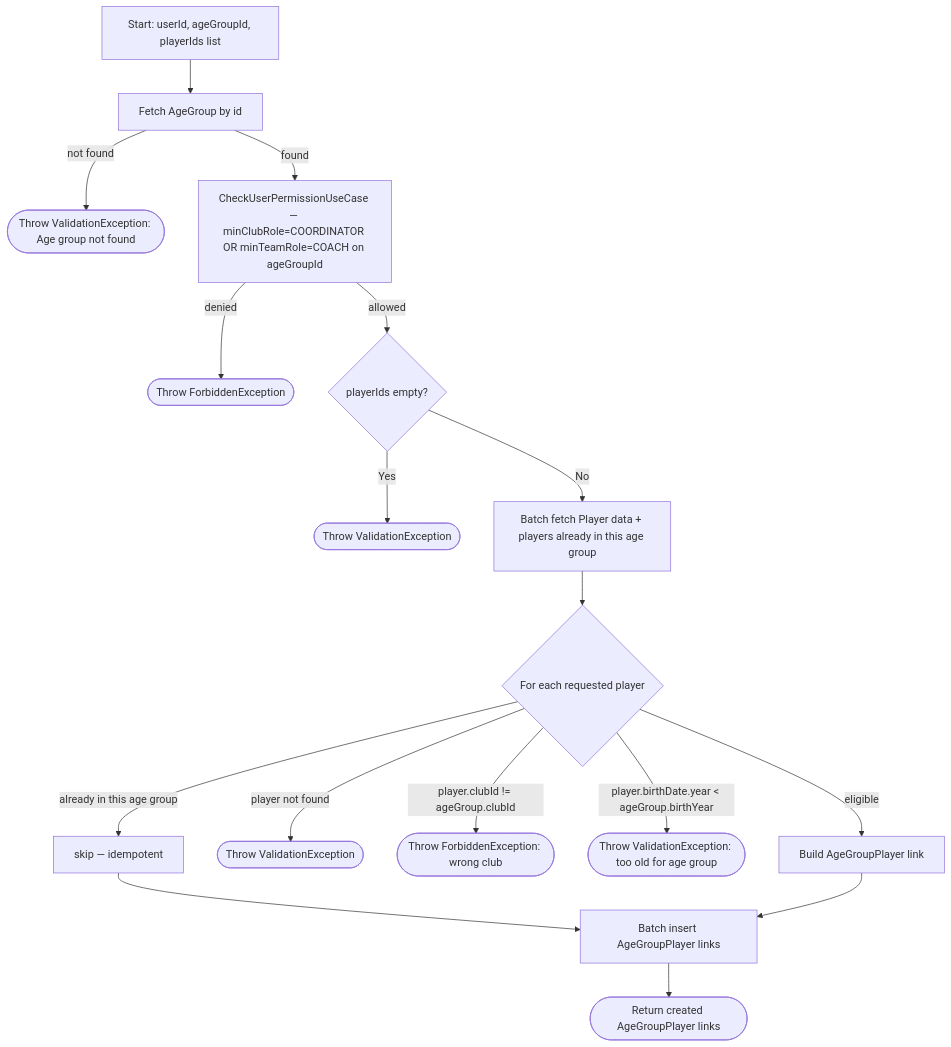
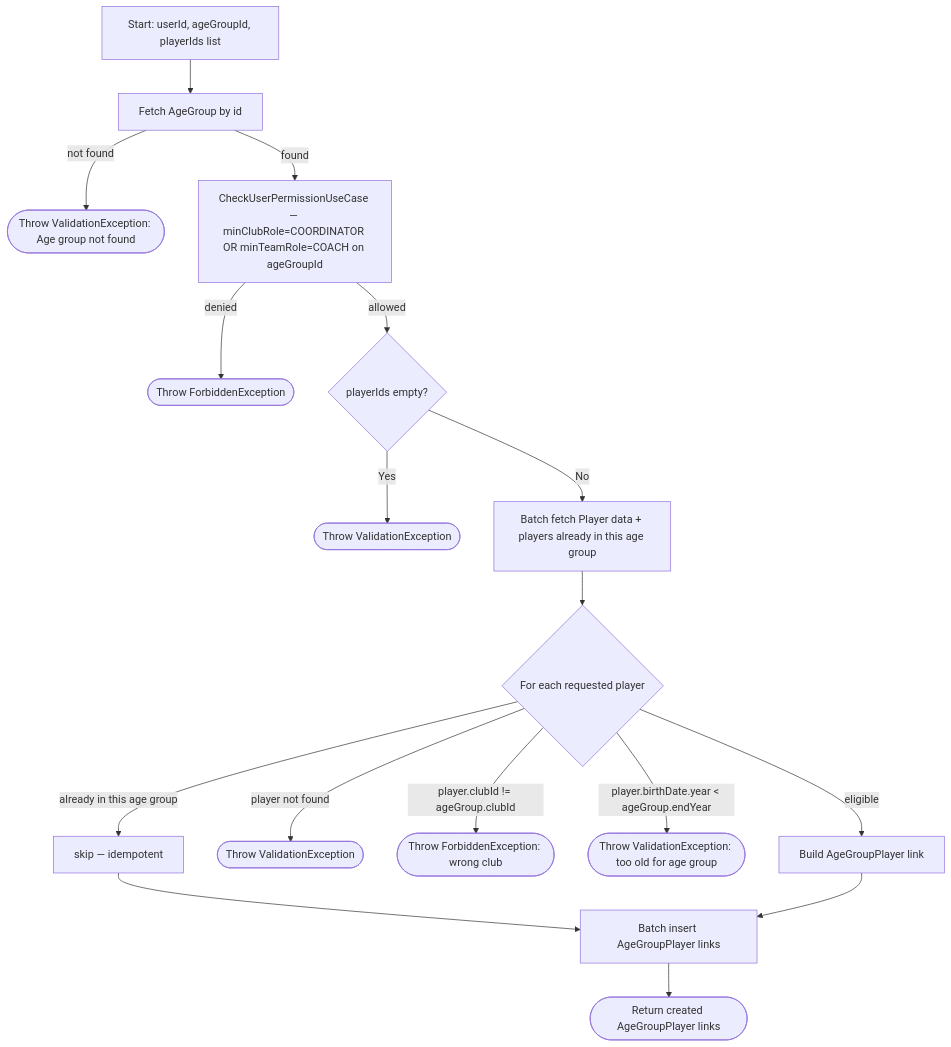
Diagram 27 of 45 in PROCESS_FLOWS.md (ricardofrango/squadify), drawn with Mermaid before and after one commit. The commit also changed other lines of this file and 39 other files, not shown here.

First line of the commit message:
Support two-year age-group spans for futsal-style cohorts

````diff
--- a/PROCESS_FLOWS.md
+++ b/PROCESS_FLOWS.md
@@ -571,19 +574,19 @@
 ```mermaid
 graph TD
     A[Start: userId, ageGroupId, playerIds list] --> B[Fetch AgeGroup by id]
     B -- not found --> V0(["Throw ValidationException: Age group not found"])
     B -- found --> C[CheckUserPermissionUseCase — minClubRole=COORDINATOR OR minTeamRole=COACH on ageGroupId]
     C -- denied --> F(["Throw ForbiddenException"])
     C -- allowed --> E0{playerIds empty?}
     E0 -- Yes --> V0b(["Throw ValidationException"])
     E0 -- No --> E[Batch fetch Player data + players already in this age group]
     E --> G{For each requested player}
     G -- already in this age group --> SK[skip — idempotent]
     G -- player not found --> V2(["Throw ValidationException"])
     G -- player.clubId != ageGroup.clubId --> FB(["Throw ForbiddenException: wrong club"])
-    G -- "player.birthDate.year < ageGroup.birthYear" --> V3(["Throw ValidationException: too old for age group"])
+    G -- "player.birthDate.year < ageGroup.endYear" --> V3(["Throw ValidationException: too old for age group"])
     G -- eligible --> H[Build AgeGroupPlayer link]
     SK --> I
     H --> I[Batch insert AgeGroupPlayer links]
     I --> Z(["Return created AgeGroupPlayer links"])
 ```
````
